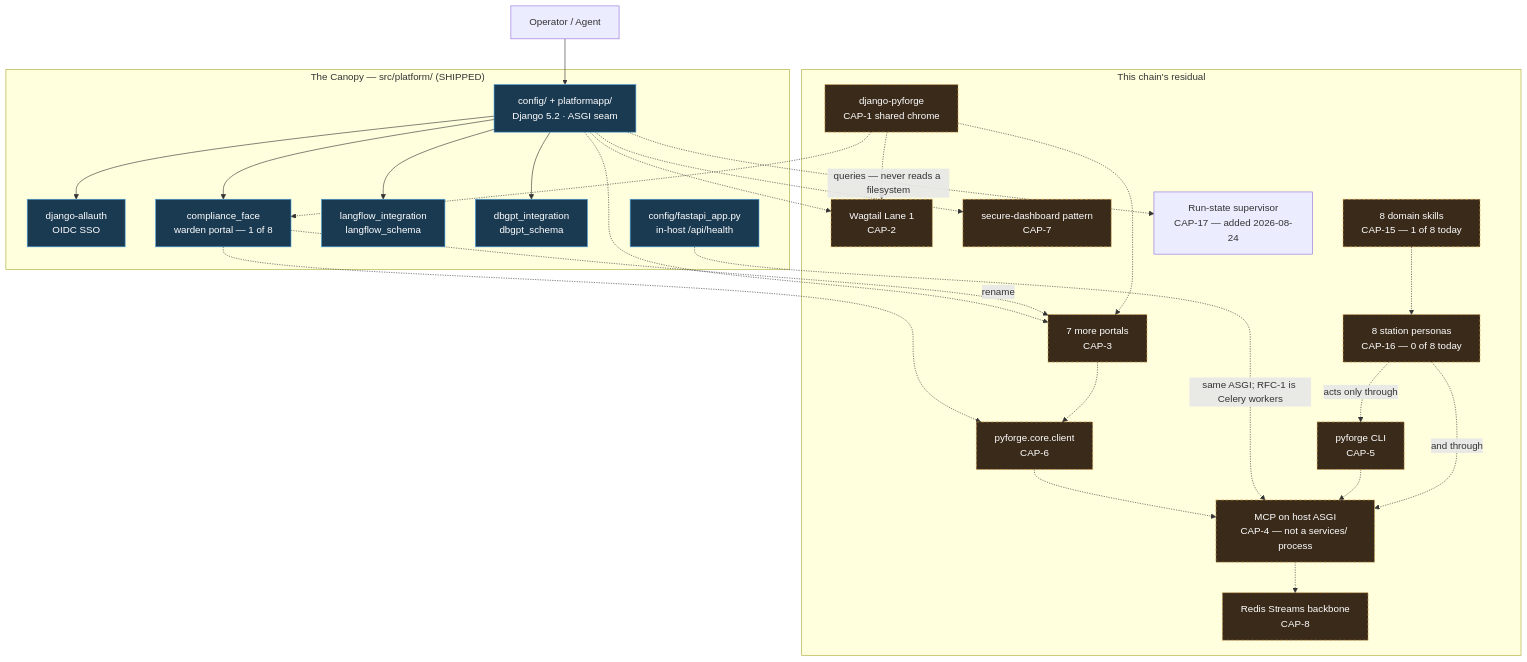
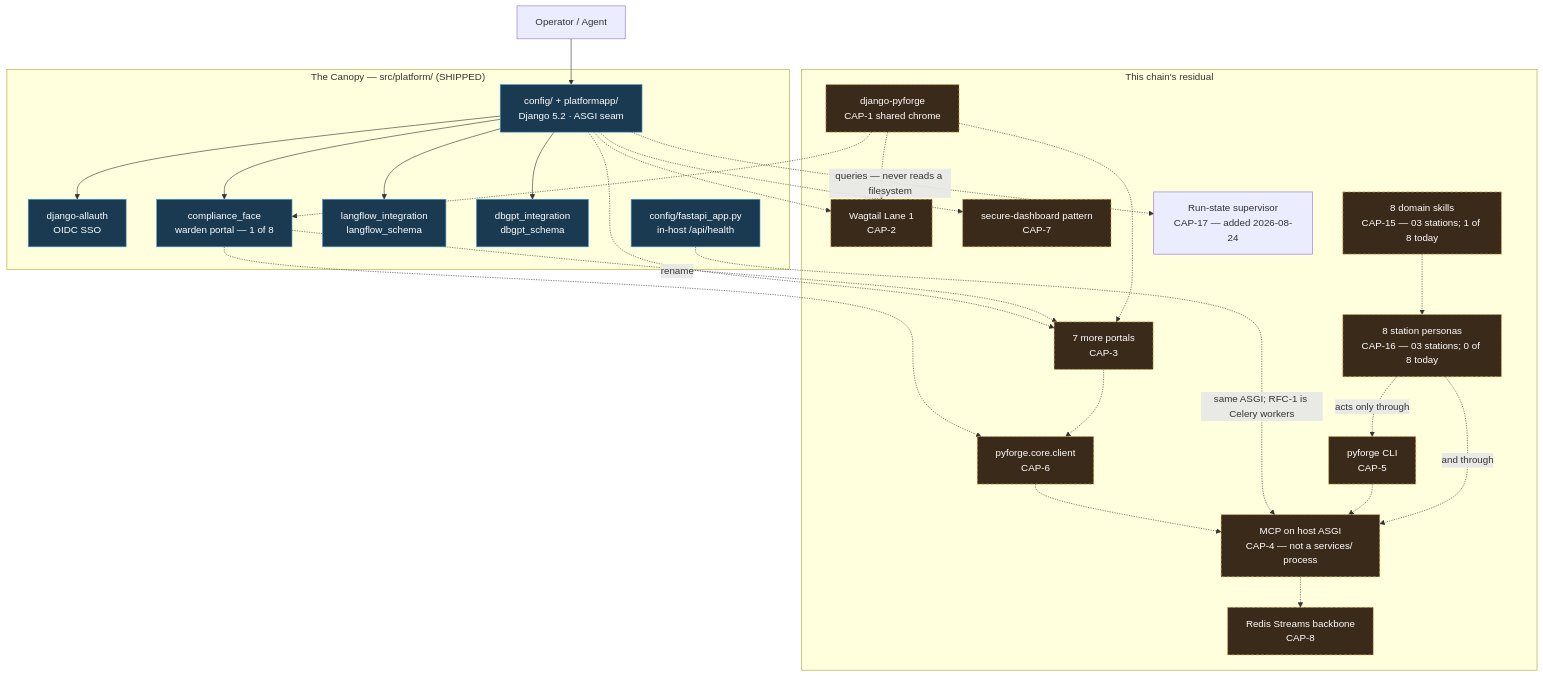
Before and after one commit to rxm7706/local-recipes: the first of 5 diagrams in _bmad-output/projects/pyforge-steward/planning-artifacts/specs/spec-pyforge-unifying-strategy/architecture-diagrams.md, drawn with Mermaid. The commit also changed other lines of this file and 53 other files, not shown here.

````diff
--- a/_bmad-output/projects/pyforge-steward/planning-artifacts/specs/spec-pyforge-unifying-strategy/architecture-diagrams.md
+++ b/_bmad-output/projects/pyforge-steward/planning-artifacts/specs/spec-pyforge-unifying-strategy/architecture-diagrams.md
@@ -16,55 +16,55 @@
 ```mermaid
 graph TB
     User["Operator / Agent"]
 
     subgraph Canopy["The Canopy — src/platform/ (SHIPPED)"]
         Host["config/ + platformapp/<br/>Django 5.2 · ASGI seam"]
         Auth["django-allauth<br/>OIDC SSO"]
         FastAPIseam["config/fastapi_app.py<br/>in-host /api/health"]
         LF["langflow_integration<br/>langflow_schema"]
         DG["dbgpt_integration<br/>dbgpt_schema"]
         CF["compliance_face<br/>warden portal — 1 of 8"]
     end
 
     subgraph Residual["This chain's residual"]
         DP["django-pyforge<br/>CAP-1 shared chrome"]
         L1["Wagtail Lane 1<br/>CAP-2"]
         P7["7 more portals<br/>CAP-3"]
         SVC["MCP on host ASGI<br/>CAP-4 — not a services/ process"]
         CLI["pyforge CLI<br/>CAP-5"]
         CLIENT["pyforge.core.client<br/>CAP-6"]
         SD["secure-dashboard pattern<br/>CAP-7"]
         EV["Redis Streams backbone<br/>CAP-8"]
-        SK["8 domain skills<br/>CAP-15 — 1 of 8 today"]
-        PER["8 station personas<br/>CAP-16 — 0 of 8 today"]
+        SK["8 domain skills<br/>CAP-15 — 03 stations; 1 of 8 today"]
+        PER["8 station personas<br/>CAP-16 — 03 stations; 0 of 8 today"]
         SUP["Run-state supervisor<br/>CAP-17 — added 2026-08-24"]
     end
 
     User --> Host
     Host --> Auth
     Host --> LF
     Host --> DG
     Host --> CF
     Host -.-> L1
     Host -.-> P7
     CF -.->|rename| P7
     DP -.-> CF
     DP -.-> P7
     DP -.-> L1
     CF -.-> CLIENT
     P7 -.-> CLIENT
     CLIENT -.-> SVC
     FastAPIseam -.->|same ASGI; RFC-1 is Celery workers| SVC
     SVC -.-> EV
     Host -.-> SD
     CLI -.-> SVC
     PER -.->|"acts only through"| CLI
     PER -.->|"and through"| SVC
     SK -.-> PER
     Host -.->|"queries — never reads a filesystem"| SUP
 
     classDef shipped fill:#1a3a52,stroke:#4a9eda,color:#fff
     classDef residual fill:#3a2a1a,stroke:#daa54a,color:#fff,stroke-dasharray: 5 3
     class Host,Auth,FastAPIseam,LF,DG,CF shipped
     class DP,L1,P7,SVC,CLI,CLIENT,SD,EV,SK,PER residual
 ```
````
